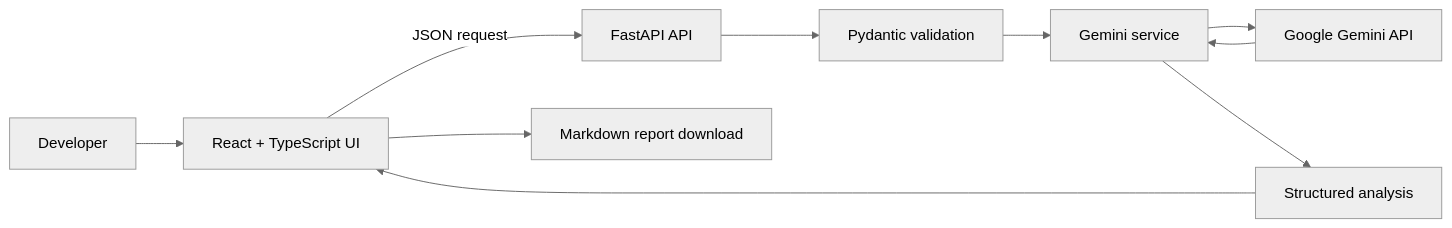
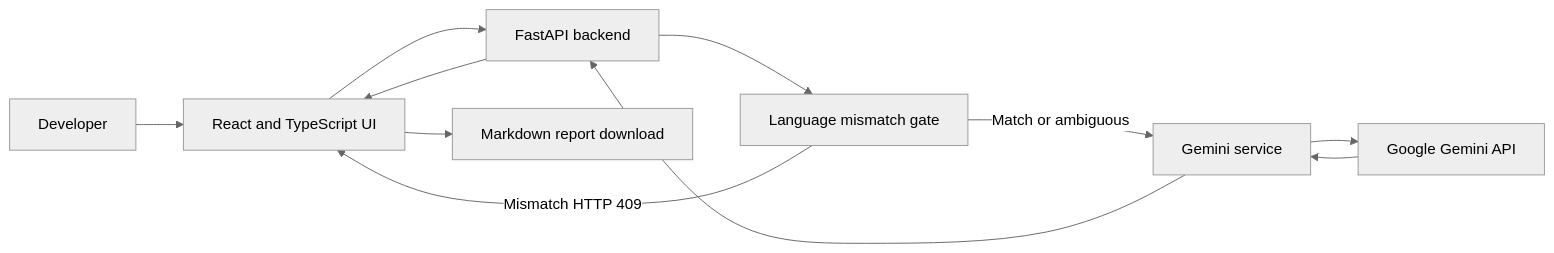
The diagram in README.md (Nikki03-tech/FixProofAI), drawn with Mermaid (neutral theme) before and after one commit. The commit also changed other lines of this file and 11 other files, not shown here.

Commit message:
Block analysis on language mismatch and add architecture docs

````diff
--- a/README.md
+++ b/README.md
@@ -28,12 +37,13 @@
 ```mermaid
 flowchart LR
-  U[Developer] --> F[React + TypeScript UI]
-  F -->|JSON request| A[FastAPI API]
-  A --> V[Pydantic validation]
-  V --> S[Gemini service]
-  S --> G[Google Gemini API]
-  G --> S
-  S --> R[Structured analysis]
-  R --> F
-  F --> D[Markdown report download]
+  DEV[Developer] --> UI[React and TypeScript UI]
+  UI --> API[FastAPI backend]
+  API --> GATE[Language mismatch gate]
+  GATE -->|Mismatch HTTP 409| UI
+  GATE -->|Match or ambiguous| GEMINI[Gemini service]
+  GEMINI --> MODEL[Google Gemini API]
+  MODEL --> GEMINI
+  GEMINI --> API
+  API --> UI
+  UI --> REPORT[Markdown report download]
 ```
````
